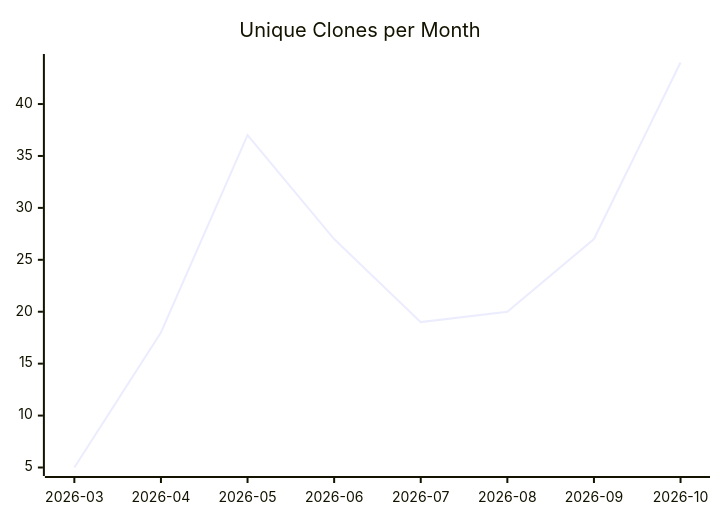
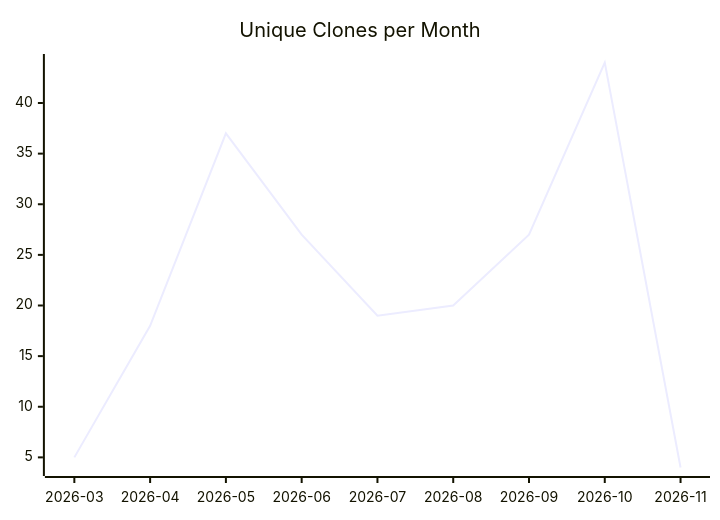
The third of 3 diagrams in karlmdavis/obsidian-operator/README.md (justdavis-family/github-analytics-data), drawn with Mermaid before and after one commit. The commit also changed other lines of this file and 201 other files, not shown here.

````diff
--- a/karlmdavis/obsidian-operator/README.md
+++ b/karlmdavis/obsidian-operator/README.md
@@ -19,6 +19,6 @@
 ```mermaid
 xychart-beta
   title "Unique Clones per Month"
-  x-axis ["2026-03", "2026-04", "2026-05", "2026-06", "2026-07", "2026-08", "2026-09", "2026-10"]
-  line [5, 18, 37, 27, 19, 20, 27, 44]
+  x-axis ["2026-03", "2026-04", "2026-05", "2026-06", "2026-07", "2026-08", "2026-09", "2026-10", "2026-11"]
+  line [5, 18, 37, 27, 19, 20, 27, 44, 4]
 ```
````
